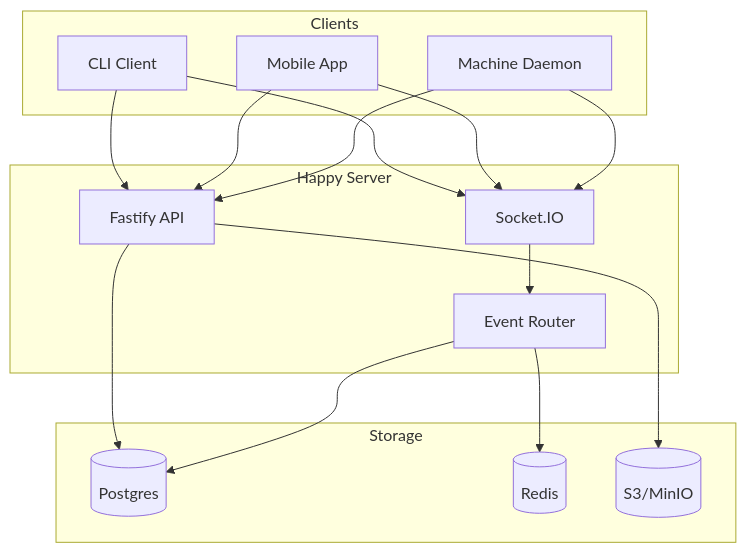
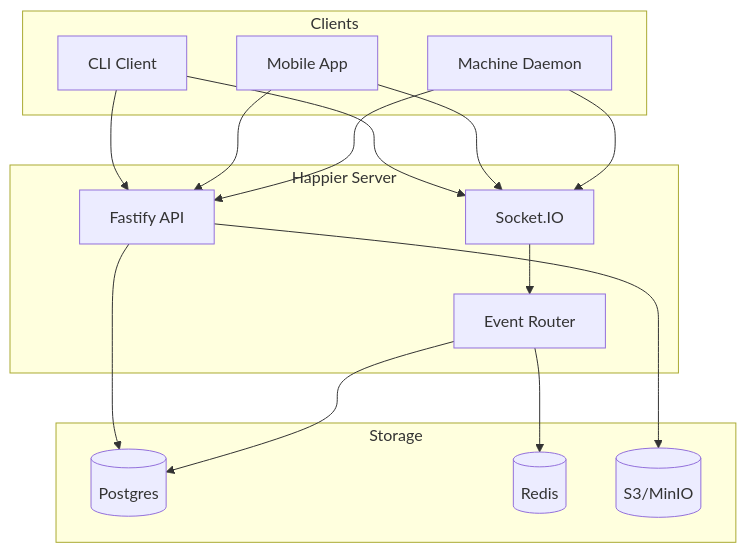
One commit to happier-dev/happier changed the first of 9 diagrams in docs/backend-architecture.md. Above: the diagram before and after it, drawn with Mermaid. The commit also changed other lines of this file and 79 other files, not shown here.

First line of the commit message:
chore(rebrand): rename Happy to Happier across repo

````diff
--- a/docs/backend-architecture.md
+++ b/docs/backend-architecture.md
@@ -7,33 +7,33 @@
 ```mermaid
 graph TB
     subgraph Clients
         CLI[CLI Client]
         Mobile[Mobile App]
         Daemon[Machine Daemon]
     end
 
-    subgraph "Happy Server"
+    subgraph "Happier Server"
         API[Fastify API]
         Socket[Socket.IO]
         Events[Event Router]
     end
 
     subgraph Storage
         PG[(Postgres)]
         Redis[(Redis)]
         S3[(S3/MinIO)]
     end
 
     CLI --> API
     Mobile --> API
     Daemon --> API
     CLI --> Socket
     Mobile --> Socket
     Daemon --> Socket
 
     API --> PG
     API --> S3
     Socket --> Events
     Events --> Redis
     Events --> PG
 ```
````
